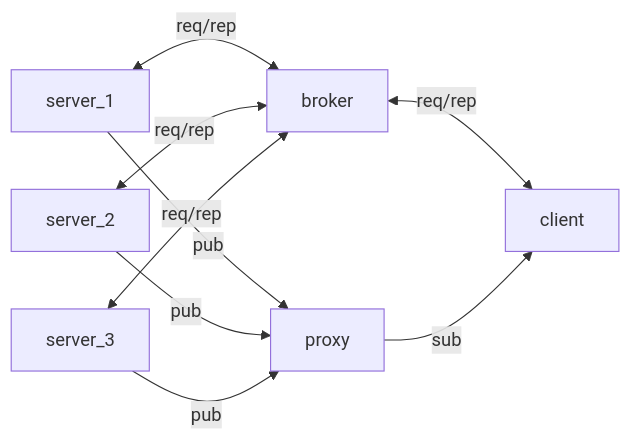
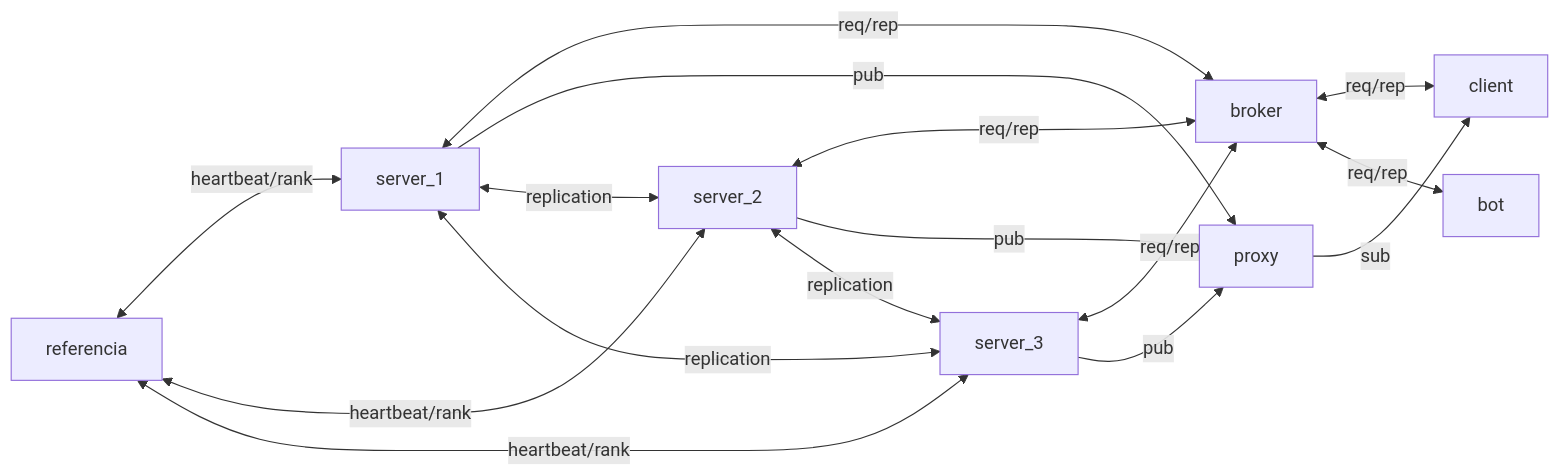
The diagram in README.md (BrunoBassoo/BulletInBoard), drawn with Mermaid before and after one commit. The commit also changed other lines of this file, not shown here.

````diff
--- a/README.md
+++ b/README.md
@@ -64,15 +119,23 @@
 ```mermaid
 graph LR
 		server_1 <--req/rep--> broker
 		server_2 <--req/rep--> broker
 		server_3 <--req/rep--> broker
 
 		server_1 --pub--> proxy
 		server_2 --pub--> proxy
 		server_3 --pub--> proxy
 
 		broker <--req/rep--> client
+		broker <--req/rep--> bot
 
 		proxy --sub--> client
 
+		server_1 <--replication--> server_2
+		server_2 <--replication--> server_3
+		server_1 <--replication--> server_3
+
+		referencia <--heartbeat/rank--> server_1
+		referencia <--heartbeat/rank--> server_2
+		referencia <--heartbeat/rank--> server_3
 ```
````
